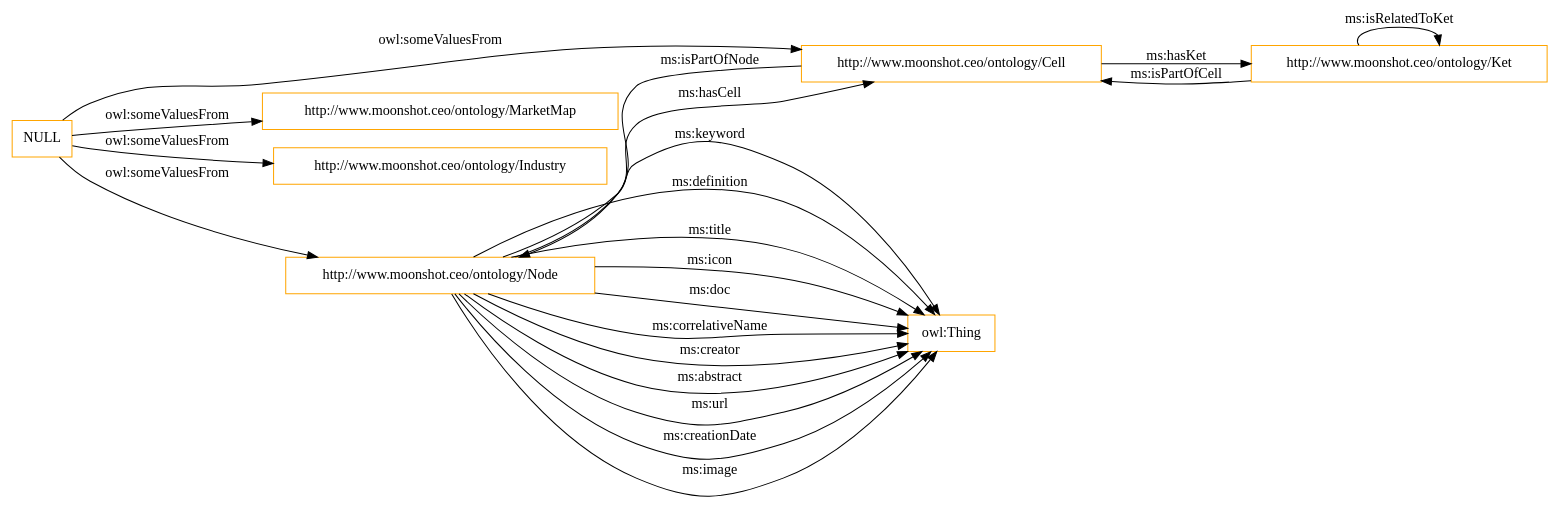
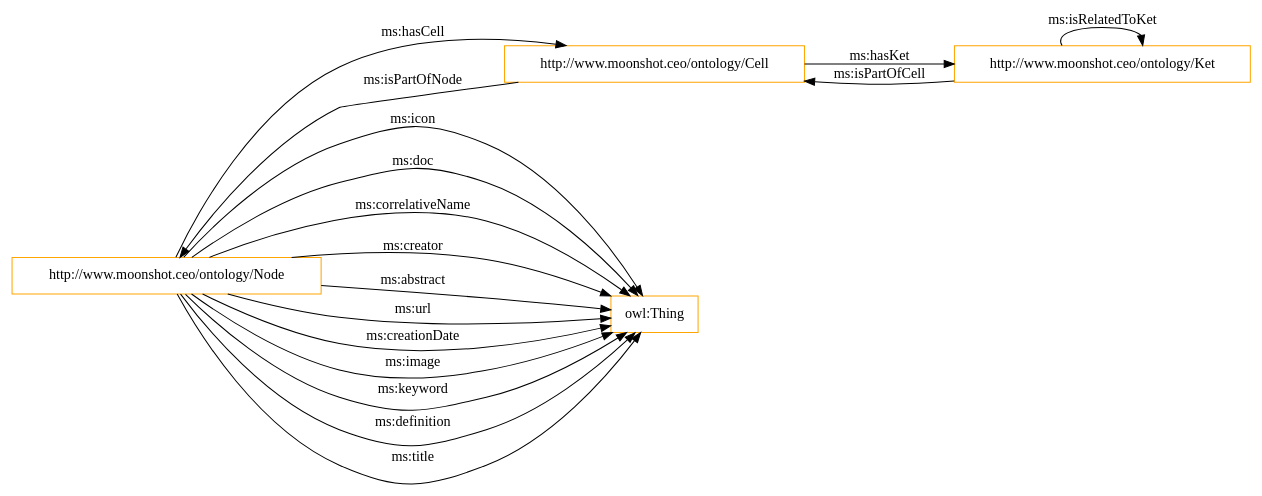
Before and after one commit to oeg-upm/IEBrain: the diagram in OnToology/iebrain.ttl/diagrams/ar2dtool-class/iebrain.ttl.png.dot, drawn with Graphviz. The commit also changed 5 other files, not shown here.

```diff
--- a/OnToology/iebrain.ttl/diagrams/ar2dtool-class/iebrain.ttl.png.dot
+++ b/OnToology/iebrain.ttl/diagrams/ar2dtool-class/iebrain.ttl.png.dot
@@ -1,26 +1,22 @@
 digraph ar2dtool_diagram { 
 rankdir=LR;
 size="1501"
-node [shape = rectangle, color="orange"]; "http://www.moonshot.ceo/ontology/Node" "http://www.moonshot.ceo/ontology/MarketMap" "http://www.moonshot.ceo/ontology/Ket" "http://www.moonshot.ceo/ontology/Industry" "http://www.moonshot.ceo/ontology/Cell" "owl:Thing" ; /*classes style*/
-	"NULL" -> "http://www.moonshot.ceo/ontology/Industry" [ label = "owl:someValuesFrom" ];
-	"NULL" -> "http://www.moonshot.ceo/ontology/Cell" [ label = "owl:someValuesFrom" ];
-	"NULL" -> "http://www.moonshot.ceo/ontology/MarketMap" [ label = "owl:someValuesFrom" ];
-	"NULL" -> "http://www.moonshot.ceo/ontology/Node" [ label = "owl:someValuesFrom" ];
+node [shape = rectangle, color="orange"]; "http://www.moonshot.ceo/ontology/Node" "http://www.moonshot.ceo/ontology/Ket" "http://www.moonshot.ceo/ontology/Cell" "owl:Thing" ; /*classes style*/
 	"http://www.moonshot.ceo/ontology/Node" -> "owl:Thing" [ label = "ms:icon" ];
 	"http://www.moonshot.ceo/ontology/Node" -> "owl:Thing" [ label = "ms:doc" ];
 	"http://www.moonshot.ceo/ontology/Node" -> "owl:Thing" [ label = "ms:correlativeName" ];
 	"http://www.moonshot.ceo/ontology/Node" -> "owl:Thing" [ label = "ms:creator" ];
 	"http://www.moonshot.ceo/ontology/Node" -> "owl:Thing" [ label = "ms:abstract" ];
 	"http://www.moonshot.ceo/ontology/Node" -> "http://www.moonshot.ceo/ontology/Cell" [ label = "ms:hasCell" ];
 	"http://www.moonshot.ceo/ontology/Node" -> "owl:Thing" [ label = "ms:url" ];
 	"http://www.moonshot.ceo/ontology/Node" -> "owl:Thing" [ label = "ms:creationDate" ];
 	"http://www.moonshot.ceo/ontology/Node" -> "owl:Thing" [ label = "ms:image" ];
 	"http://www.moonshot.ceo/ontology/Ket" -> "http://www.moonshot.ceo/ontology/Cell" [ label = "ms:isPartOfCell" ];
 	"http://www.moonshot.ceo/ontology/Node" -> "owl:Thing" [ label = "ms:keyword" ];
 	"http://www.moonshot.ceo/ontology/Node" -> "owl:Thing" [ label = "ms:definition" ];
 	"http://www.moonshot.ceo/ontology/Node" -> "owl:Thing" [ label = "ms:title" ];
 	"http://www.moonshot.ceo/ontology/Cell" -> "http://www.moonshot.ceo/ontology/Node" [ label = "ms:isPartOfNode" ];
 	"http://www.moonshot.ceo/ontology/Ket" -> "http://www.moonshot.ceo/ontology/Ket" [ label = "ms:isRelatedToKet" ];
 	"http://www.moonshot.ceo/ontology/Cell" -> "http://www.moonshot.ceo/ontology/Ket" [ label = "ms:hasKet" ];
 
 }
```
